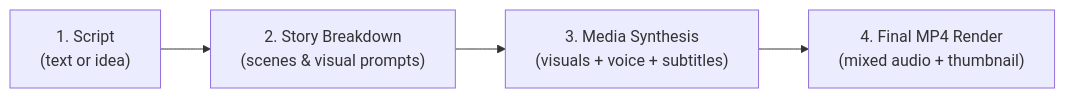
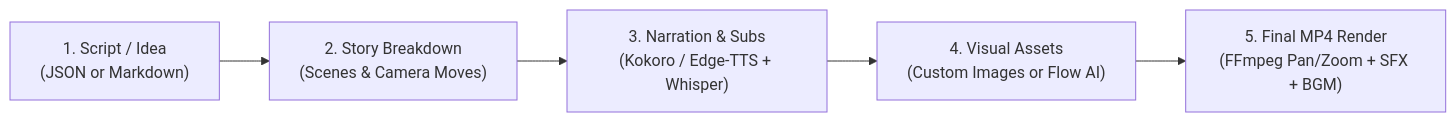
One commit to Varun1019/Scenecraft changed the diagram in README.md. Above: the diagram before and after it, drawn with Mermaid. The commit also changed other lines of this file and 3 other files, not shown here.

````diff
--- a/README.md
+++ b/README.md
@@ -38,6 +36,7 @@
 ```mermaid
 flowchart LR
-    A["1. Script\n(text or idea)"] --> B["2. Story Breakdown\n(scenes & visual prompts)"]
-    B --> C["3. Media Synthesis\n(visuals + voice + subtitles)"]
-    C --> D["4. Final MP4 Render\n(mixed audio + thumbnail)"]
+    A["1. Script / Idea\n(JSON or Markdown)"] --> B["2. Story Breakdown\n(Scenes & Camera Moves)"]
+    B --> C["3. Narration & Subs\n(Kokoro / Edge-TTS + Whisper)"]
+    C --> D["4. Visual Assets\n(Custom Images or Flow AI)"]
+    D --> E["5. Final MP4 Render\n(FFmpeg Pan/Zoom + SFX + BGM)"]
 ```
````
